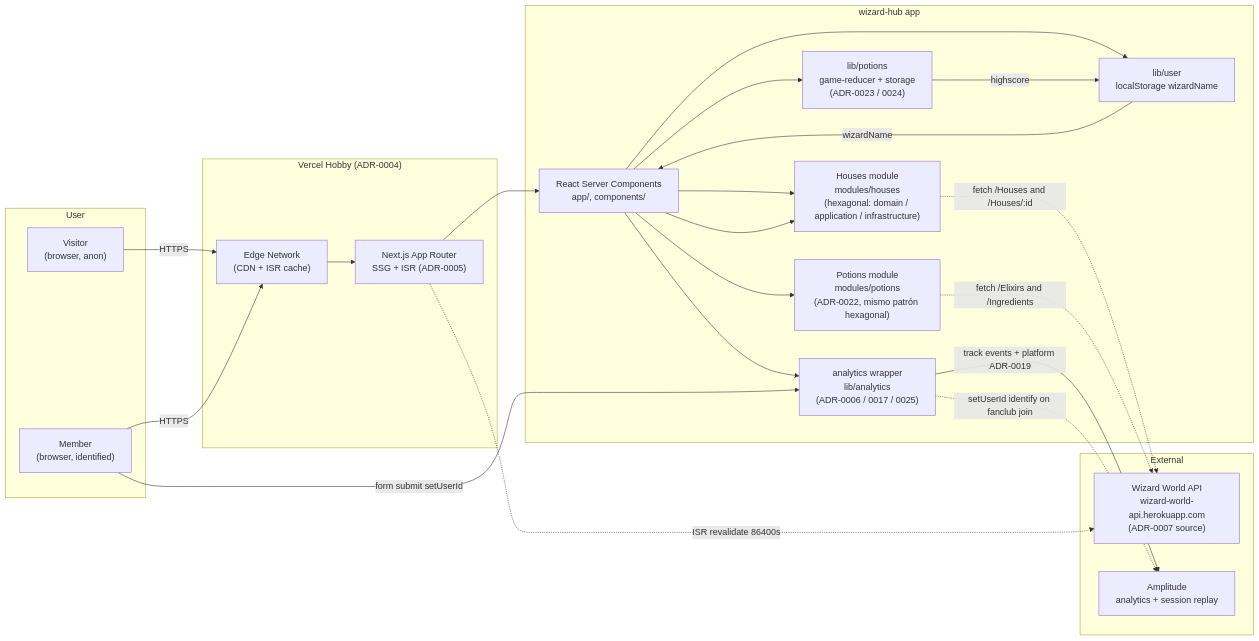
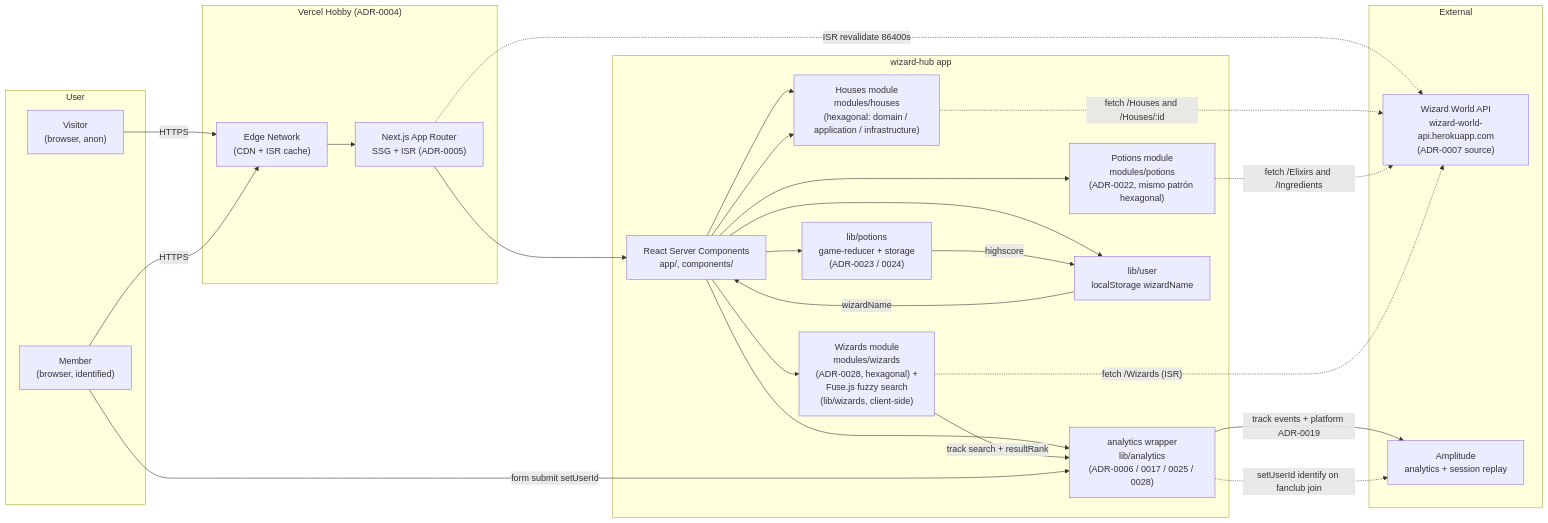
The diagram in docs/diagrams/hld.md (PKerty/wizard-hub), drawn with Mermaid before and after one commit. The commit also changed other lines of this file and 1 other file, not shown here.

Commit message:
docs(diagrams): add Wizards module (ADR-0028) to the HLD
The HLD was missing the /wizards module + Fuse.js fuzzy search (ADR-0028), one of
the three nav sections and the analytics showcase. Now shows it alongside Houses
and Potions (hexagonal), the /Wizards ISR fetch, and the search/resultRank
tracking into the analytics wrapper. README index updated.

````diff
--- a/docs/diagrams/hld.md
+++ b/docs/diagrams/hld.md
@@ -8,45 +8,49 @@
 ```mermaid
 flowchart LR
     subgraph User
         U["Visitor<br/>(browser, anon)"]
         K["Member<br/>(browser, identified)"]
     end
 
     subgraph Vercel["Vercel Hobby (ADR-0004)"]
         CDN["Edge Network<br/>(CDN + ISR cache)"]
         NEXT["Next.js App Router<br/>SSG + ISR (ADR-0005)"]
     end
 
     subgraph App["wizard-hub app"]
         UI["React Server Components<br/>app/, components/"]
         MOD["Houses module<br/>modules/houses<br/>(hexagonal: domain / application / infrastructure)"]
         POTION["Potions module<br/>modules/potions<br/>(ADR-0022, mismo patrón hexagonal)"]
-        ANA["analytics wrapper<br/>lib/analytics<br/>(ADR-0006 / 0017 / 0025)"]
+        WIZARD["Wizards module<br/>modules/wizards<br/>(ADR-0028, hexagonal) +<br/>Fuse.js fuzzy search<br/>(lib/wizards, client-side)"]
+        ANA["analytics wrapper<br/>lib/analytics<br/>(ADR-0006 / 0017 / 0025 / 0028)"]
         USER["lib/user<br/>localStorage wizardName"]
         GAME["lib/potions<br/>game-reducer + storage<br/>(ADR-0023 / 0024)"]
     end
 
     subgraph External
         API["Wizard World API<br/>wizard-world-api.herokuapp.com<br/>(ADR-0007 source)"]
         AMP["Amplitude<br/>analytics + session replay"]
     end
 
     U -->|HTTPS| CDN
     K -->|HTTPS| CDN
     CDN --> NEXT
     NEXT --> UI
     UI --> MOD
     NEXT -.->|"ISR revalidate 86400s"| API
     MOD -.->|"fetch /Houses and /Houses/:id"| API
     POTION -.->|"fetch /Elixirs and /Ingredients"| API
+    WIZARD -.->|"fetch /Wizards (ISR)"| API
     UI --> MOD
     UI --> POTION
+    UI --> WIZARD
     UI --> GAME
     UI --> ANA
+    WIZARD -->|"track search + resultRank"| ANA
     K -->|"form submit setUserId"| ANA
     ANA -->|"track events + platform ADR-0019"| AMP
     ANA -.->|"setUserId identify on fanclub join"| AMP
     UI --> USER
     USER -->|wizardName| UI
     GAME -->|highscore| USER
 ```
````
